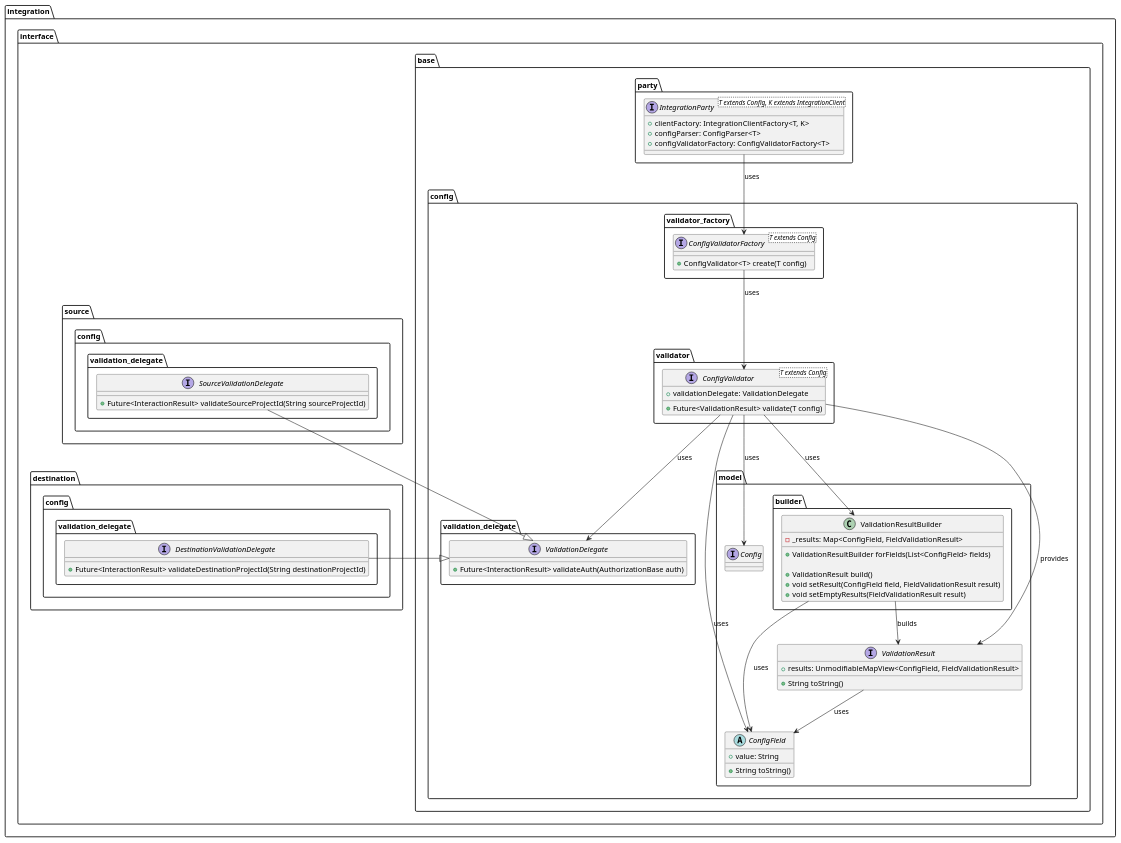
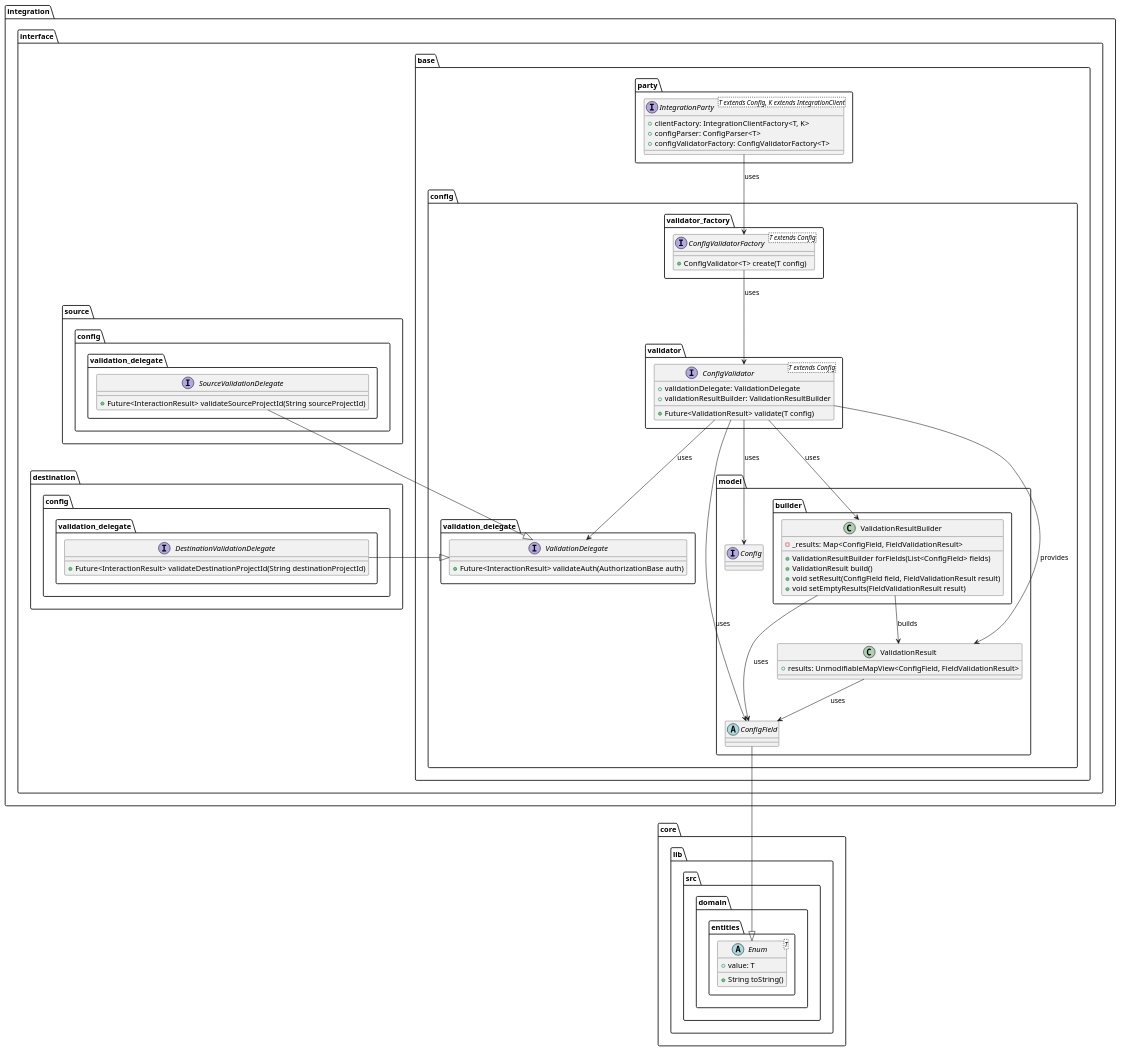
Before and after one commit to Flank/flank-dashboard: the diagram in metrics/ci_integrations/docs/diagrams/ci_integrations_config_validator_interfaces_class_diagram.puml, drawn with PlantUML. The commit also changed 3 other files, not shown here.

```diff
--- a/metrics/ci_integrations/docs/diagrams/ci_integrations_config_validator_interfaces_class_diagram.puml
+++ b/metrics/ci_integrations/docs/diagrams/ci_integrations_config_validator_interfaces_class_diagram.puml
@@ -1,100 +1,103 @@
 @startuml ci_integrations_config_validator_class_diagram
+    package core.lib.src.domain.entities {
+        abstract class Enum<T> {
+            + value: T
+
+            + String toString()
+        }
+    }
 
     package integration.interface {
         package base {
             package party {
                 interface IntegrationParty<T extends Config, K extends IntegrationClient> {
                     + clientFactory: IntegrationClientFactory<T, K>
                     + configParser: ConfigParser<T>
                     + configValidatorFactory: ConfigValidatorFactory<T>
                 }
             }
 
             package config {
                 package model {
                     interface Config {}
 
-                    abstract class ConfigField {
-                        + value: String
-
-                        + String toString()
-                    }
+                    abstract class ConfigField {}
 
                     package builder {
                         class ValidationResultBuilder {
                             - _results: Map<ConfigField, FieldValidationResult>
                             
                             + ValidationResultBuilder forFields(List<ConfigField> fields)
-
                             + ValidationResult build()
                             + void setResult(ConfigField field, FieldValidationResult result)
                             + void setEmptyResults(FieldValidationResult result)
                         }
                     }
 
-                    interface ValidationResult {
+                    class ValidationResult {
                         + results: UnmodifiableMapView<ConfigField, FieldValidationResult>
-
-                        + String toString()
                     }
                 }
 
                 package validator {
                     interface ConfigValidator<T extends Config> {
                         + validationDelegate: ValidationDelegate
+                        + validationResultBuilder: ValidationResultBuilder
 
                         + Future<ValidationResult> validate(T config)
                     }
                 }
 
                 package validation_delegate as base_validation_delegate {
                     interface ValidationDelegate {
                         + Future<InteractionResult> validateAuth(AuthorizationBase auth)
                     }
                 }
 
                 package validator_factory {
                     interface ConfigValidatorFactory<T extends Config> {
                         + ConfigValidator<T> create(T config)
                     }
                 }
             }
         }
         
         package source.config {
             package validation_delegate as source_validation_delegate {
                 interface SourceValidationDelegate {
                     + Future<InteractionResult> validateSourceProjectId(String sourceProjectId)
                 }
             }
         }
 
         package destination.config {
             package validation_delegate as destination_validation_delegate {
                 interface DestinationValidationDelegate {
                     + Future<InteractionResult> validateDestinationProjectId(String destinationProjectId)
                 }
             }
         }
     }
 
 
 
     IntegrationParty --> ConfigValidatorFactory : uses
 
     ConfigValidatorFactory --> ConfigValidator : uses
 
     ConfigValidator --> ValidationDelegate : uses
     ConfigValidator --> ValidationResult : provides
     ConfigValidator --> ValidationResultBuilder : uses
     ConfigValidator --> Config : uses
     ConfigValidator --> ConfigField : uses
 
+    ConfigField --|> Enum
+
     ValidationResultBuilder --> ValidationResult : builds
     ValidationResultBuilder --> ConfigField : uses
 
     ValidationResult --> ConfigField : uses
 
     SourceValidationDelegate --|> ValidationDelegate
     DestinationValidationDelegate -right-|> ValidationDelegate
 @enduml
```
